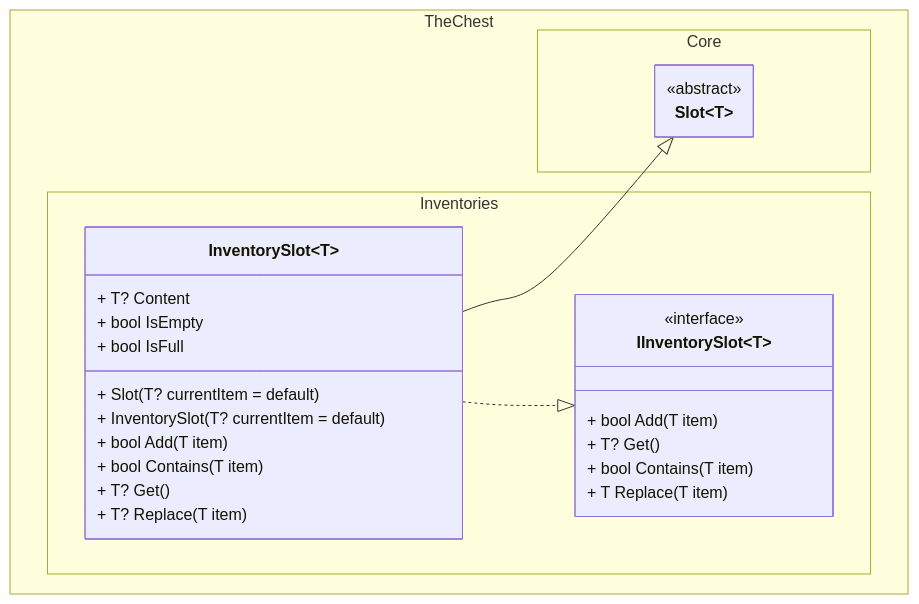
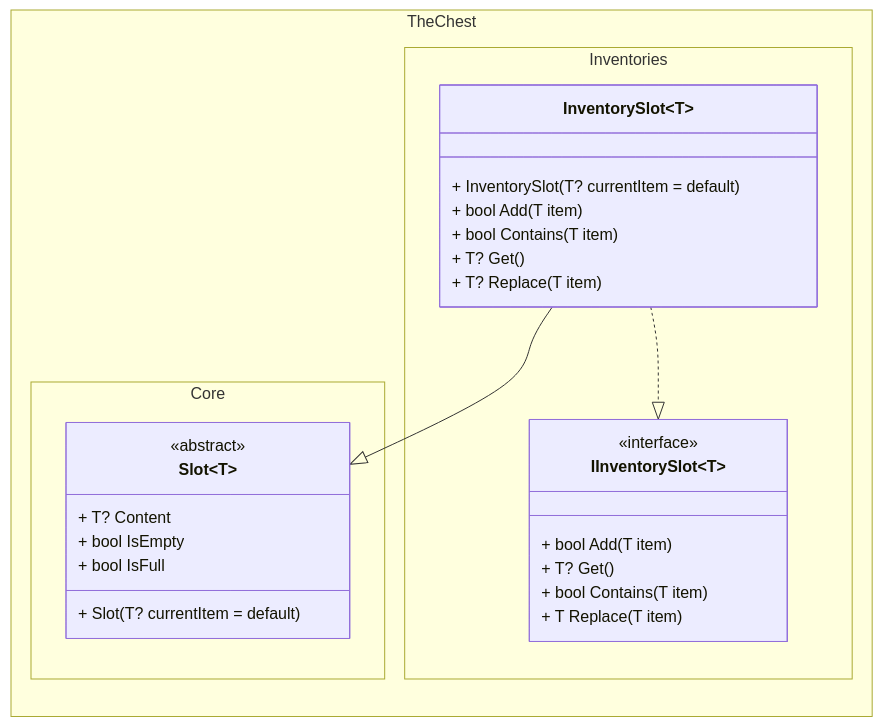
The third of 4 diagrams in docs/class_diagram.md (The-Chest/TheChest.Inventories), drawn with Mermaid before and after one commit. The commit also changed other lines of this file, not shown here.

Commit message:
Adds InventoryStackSlot Diagram

````diff
--- a/docs/class_diagram.md
+++ b/docs/class_diagram.md
@@ -151,42 +153,42 @@
 ```mermaid
 ---
 config:
   theme: mc
   look: classic
   class:
     hideEmptyMembersBox: true
 ---
 classDiagram
-direction TB
+direction BT
 
 namespace TheChest.Core {
     class Slot~T~ {
+        + T? Content
+        + bool IsEmpty
+        + bool IsFull
+        + Slot(T? currentItem = default)
     }
 }
 <<abstract>> Slot
 
 namespace TheChest.Inventories {
     class IInventorySlot~T~ {
         + bool Add(T item)
         + T? Get()
         + bool Contains(T item)
         + T Replace(T item)
     }
     class InventorySlot~T~ {
-        + T? Content
-        + bool IsEmpty
-        + bool IsFull
-        + Slot(T? currentItem = default)
         + InventorySlot(T? currentItem = default)
         + bool Add(T item)
         + bool Contains(T item)
         + T? Get()
         + T? Replace(T item)
     }
 }
 
 <<interface>> IInventorySlot
 
 InventorySlot~T~ --|> Slot~T~ 
 InventorySlot~T~ ..|> IInventorySlot~T~
 ```
````
